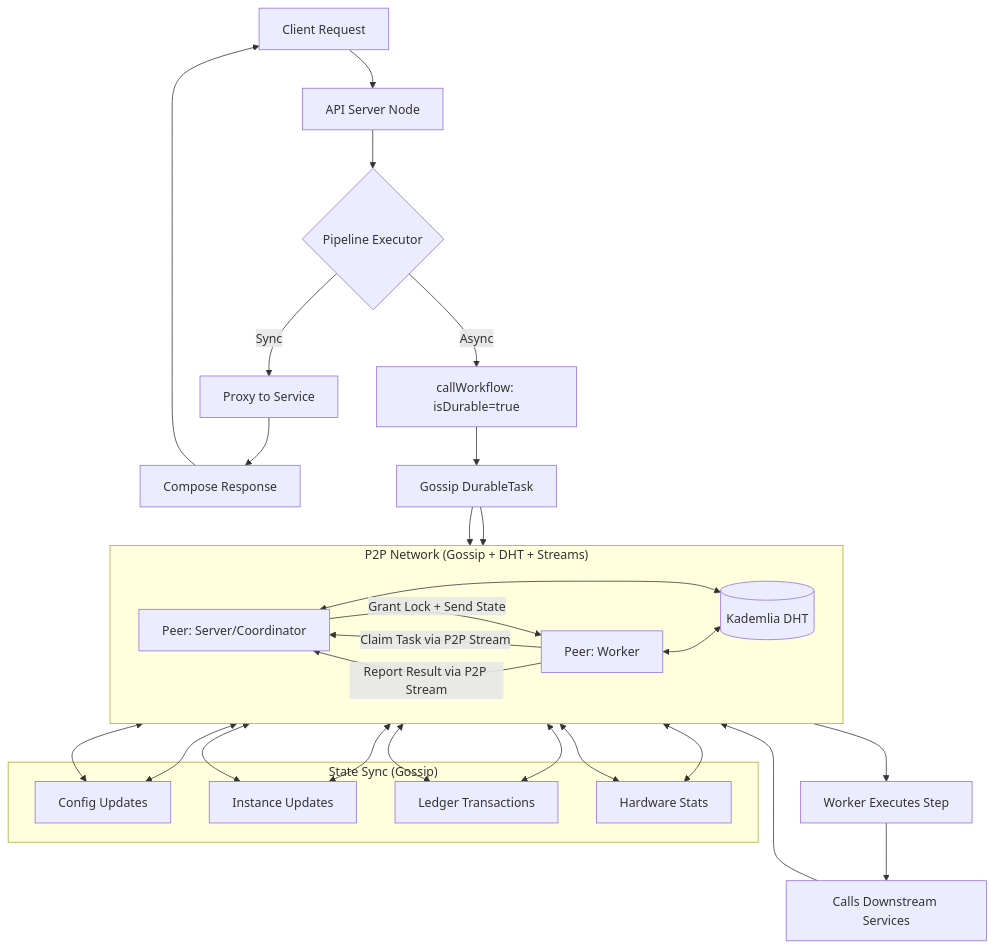
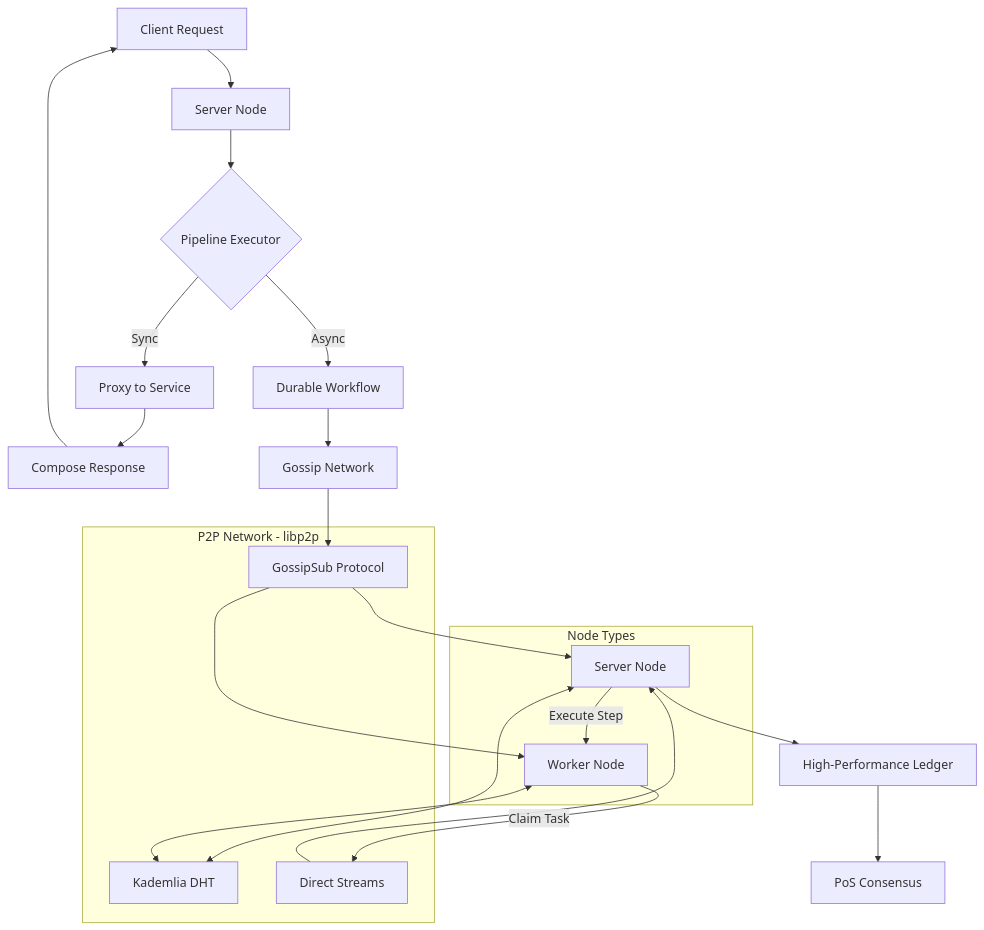
The diagram in README.md (Grapthway/Grapthway-Protocol), drawn with Mermaid before and after one commit. The commit also changed other lines of this file and 2 other files, not shown here.

````diff
--- a/README.md
+++ b/README.md
@@ -74,40 +42,37 @@
 ```mermaid
 graph TD
-    A[Client Request] --> B[API Server Node]
-    B --> C{Pipeline Executor}
-    C -->|Sync| D[Proxy to Service]
-    D --> E[Compose Response]
-    E --> A
-    
-    C -->|Async| F[callWorkflow: isDurable=true]
-    F --> G[Gossip DurableTask]
-    
-    subgraph P2P["P2P Network (Gossip + DHT + Streams)"]
-        direction LR
-        P1[Peer: Server/Coordinator]
-        P2[Peer: Worker]
-        DHT[(Kademlia DHT)]
+    Client[Client Request] --> Server[Server Node]
+    Server --> Pipeline{Pipeline Executor}
+
+    Pipeline -->|Sync| Proxy[Proxy to Service]
+    Proxy --> Response[Compose Response]
+    Response --> Client
+
+    Pipeline -->|Async| Workflow[Durable Workflow]
+    Workflow --> Gossip[Gossip Network]
+
+    subgraph P2P[P2P Network - libp2p]
+        GossipBus[GossipSub Protocol]
+        DHT[Kademlia DHT]
+        Streams[Direct Streams]
     end
 
-    G --> P1 & P2
-    P1 <--> DHT
-    P2 <--> DHT
-    
-    P2 -->|Claim Task via P2P Stream| P1
-    P1 -->|Grant Lock + Send State| P2
-    
-    P2 --> H[Worker Executes Step]
-    H --> I[Calls Downstream Services]
-    I --> P2
-    P2 -->|Report Result via P2P Stream| P1
-    
-    subgraph StateSync["State Sync (Gossip)"]
-        S1[Config Updates]
-        S2[Instance Updates]
-        S3[Ledger Transactions]
-        S4[Hardware Stats]
+    subgraph Nodes[Node Types]
+        S1[Server Node]
+        W1[Worker Node]
     end
-    
-    P1 <--> S1 & S2 & S3 & S4
-    P2 <--> S1 & S2 & S3 & S4
+
+    Gossip --> GossipBus
+    GossipBus --> S1
+    GossipBus --> W1
+
+    S1 <--> DHT
+    W1 <--> DHT
+
+    W1 -->|Claim Task| Streams
+    Streams --> S1
+    S1 -->|Execute Step| W1
+
+    S1 --> Ledger[High-Performance Ledger]
+    Ledger --> Consensus[PoS Consensus]
 ```
````
